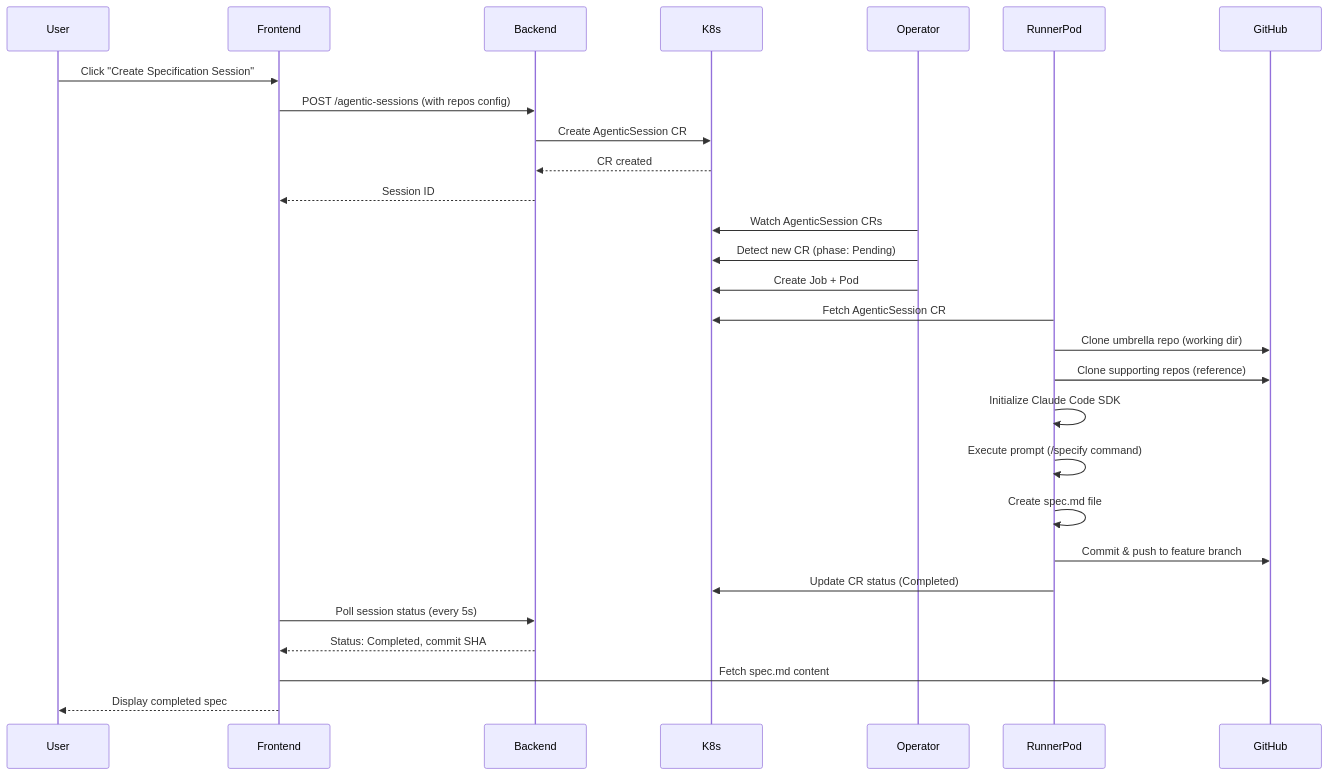
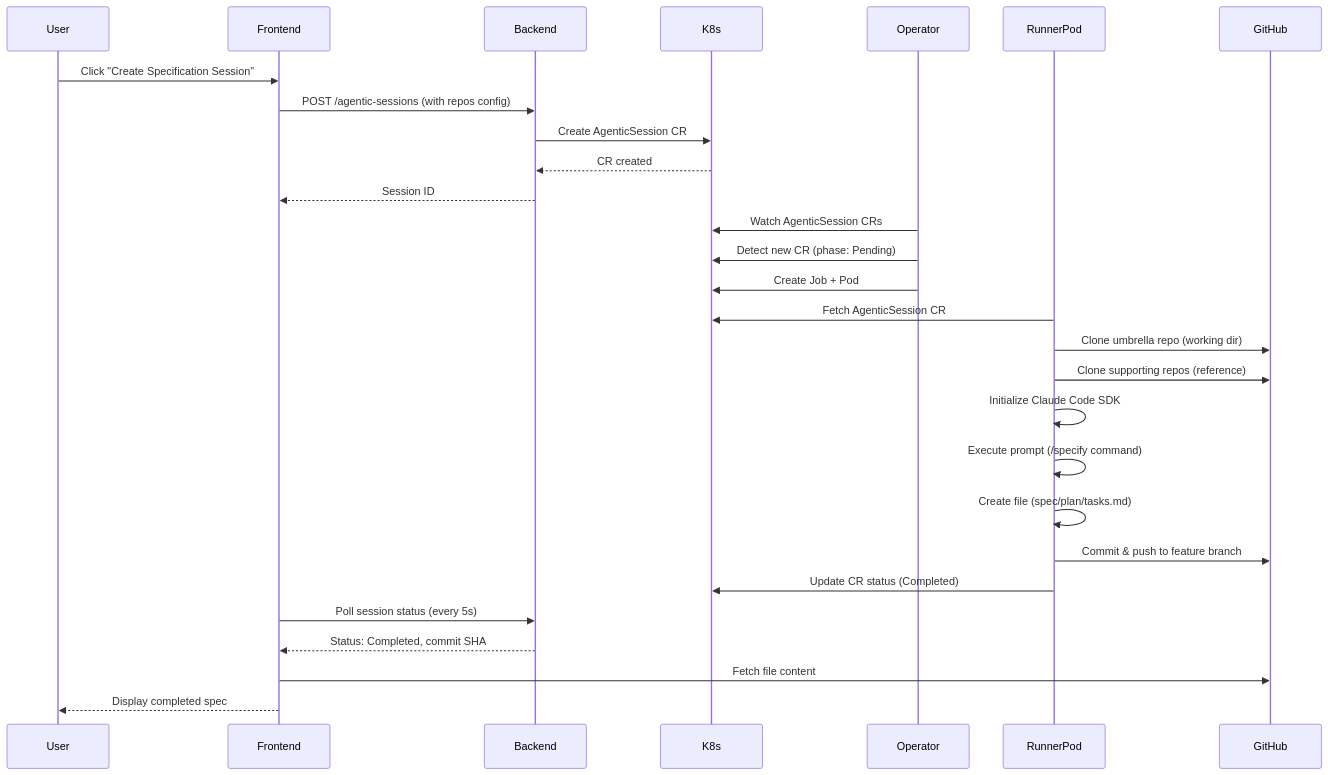
One commit to jeremyeder/platform changed the fifth of 8 diagrams in docs/developer-guide/rfe-workflow-detailed-flow.md. Above: the diagram before and after it, drawn with Mermaid. The commit also changed other lines of this file, not shown here.

````diff
--- a/docs/developer-guide/rfe-workflow-detailed-flow.md
+++ b/docs/developer-guide/rfe-workflow-detailed-flow.md
@@ -255,34 +255,34 @@
 ```mermaid
 sequenceDiagram
     participant User
     participant Frontend
     participant Backend
     participant K8s
     participant Operator
     participant RunnerPod
     participant GitHub
 
     User->>Frontend: Click "Create Specification Session"
     Frontend->>Backend: POST /agentic-sessions (with repos config)
     Backend->>K8s: Create AgenticSession CR
     K8s-->>Backend: CR created
     Backend-->>Frontend: Session ID
 
     Operator->>K8s: Watch AgenticSession CRs
     Operator->>K8s: Detect new CR (phase: Pending)
     Operator->>K8s: Create Job + Pod
 
     RunnerPod->>K8s: Fetch AgenticSession CR
     RunnerPod->>GitHub: Clone umbrella repo (working dir)
     RunnerPod->>GitHub: Clone supporting repos (reference)
     RunnerPod->>RunnerPod: Initialize Claude Code SDK
     RunnerPod->>RunnerPod: Execute prompt (/specify command)
-    RunnerPod->>RunnerPod: Create spec.md file
+    RunnerPod->>RunnerPod: Create file (spec/plan/tasks.md)
     RunnerPod->>GitHub: Commit & push to feature branch
     RunnerPod->>K8s: Update CR status (Completed)
 
     Frontend->>Backend: Poll session status (every 5s)
     Backend-->>Frontend: Status: Completed, commit SHA
-    Frontend->>GitHub: Fetch spec.md content
+    Frontend->>GitHub: Fetch file content
     Frontend-->>User: Display completed spec
 ```
````
